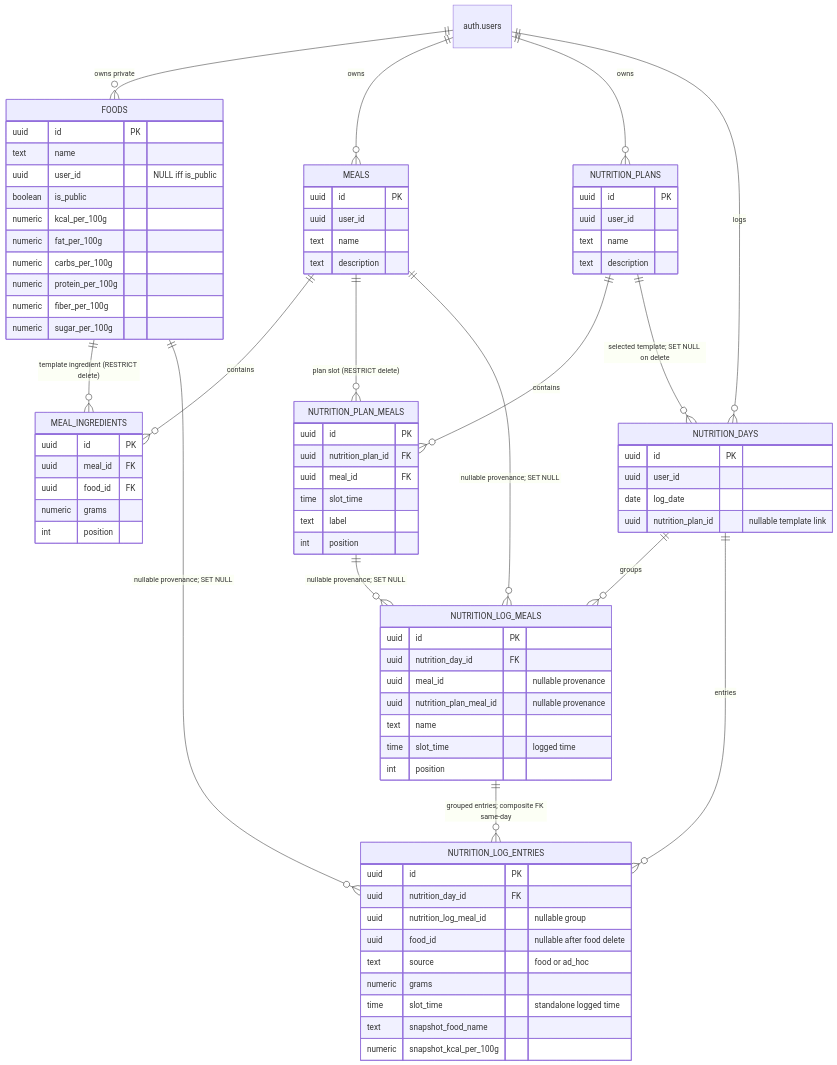
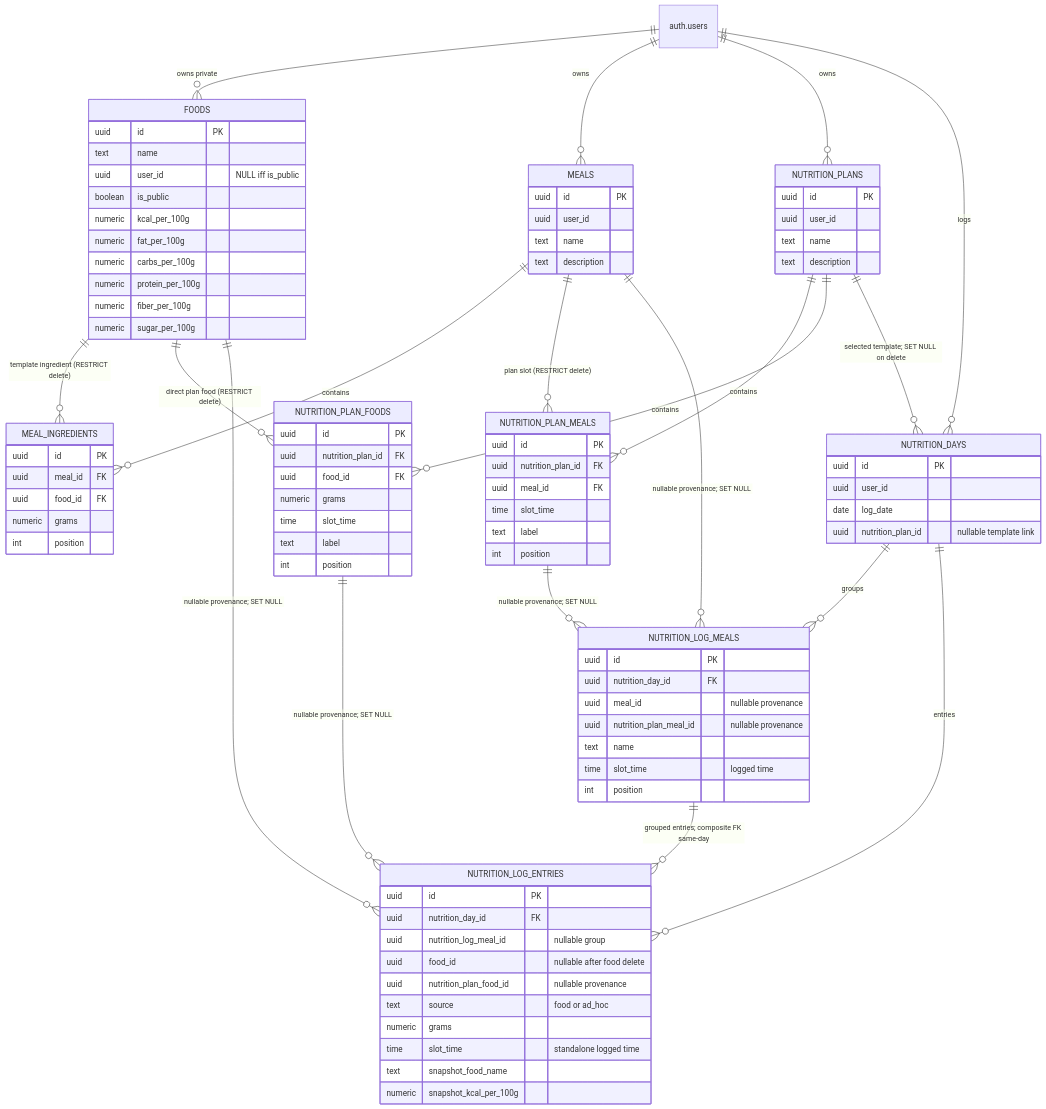
Before and after one commit to dbarrosop/neogym: the fourth of 4 diagrams in docs/developers/database.md, drawn with Mermaid. The commit also changed other lines of this file and 4 other files, not shown here.

````diff
--- a/docs/developers/database.md
+++ b/docs/developers/database.md
@@ -170,41 +170,45 @@
 ```mermaid
 erDiagram
     USERS["auth.users"]
 
     FOODS {
         uuid id PK
         text name
         uuid user_id "NULL iff is_public"
         boolean is_public
         numeric kcal_per_100g
         numeric fat_per_100g
         numeric carbs_per_100g
         numeric protein_per_100g
         numeric fiber_per_100g
         numeric sugar_per_100g
     }
 
     MEALS { uuid id PK uuid user_id text name text description }
     MEAL_INGREDIENTS { uuid id PK uuid meal_id FK uuid food_id FK numeric grams int position }
     NUTRITION_PLANS { uuid id PK uuid user_id text name text description }
     NUTRITION_PLAN_MEALS { uuid id PK uuid nutrition_plan_id FK uuid meal_id FK time slot_time text label int position }
+    NUTRITION_PLAN_FOODS { uuid id PK uuid nutrition_plan_id FK uuid food_id FK numeric grams time slot_time text label int position }
     NUTRITION_DAYS { uuid id PK uuid user_id date log_date uuid nutrition_plan_id "nullable template link" }
     NUTRITION_LOG_MEALS { uuid id PK uuid nutrition_day_id FK uuid meal_id "nullable provenance" uuid nutrition_plan_meal_id "nullable provenance" text name time slot_time "logged time" int position }
-    NUTRITION_LOG_ENTRIES { uuid id PK uuid nutrition_day_id FK uuid nutrition_log_meal_id "nullable group" uuid food_id "nullable after food delete" text source "food or ad_hoc" numeric grams time slot_time "standalone logged time" text snapshot_food_name numeric snapshot_kcal_per_100g }
+    NUTRITION_LOG_ENTRIES { uuid id PK uuid nutrition_day_id FK uuid nutrition_log_meal_id "nullable group" uuid food_id "nullable after food delete" uuid nutrition_plan_food_id "nullable provenance" text source "food or ad_hoc" numeric grams time slot_time "standalone logged time" text snapshot_food_name numeric snapshot_kcal_per_100g }
 
     USERS ||--o{ FOODS : "owns private"
     USERS ||--o{ MEALS : owns
     USERS ||--o{ NUTRITION_PLANS : owns
     USERS ||--o{ NUTRITION_DAYS : logs
     FOODS ||--o{ MEAL_INGREDIENTS : "template ingredient (RESTRICT delete)"
     MEALS ||--o{ MEAL_INGREDIENTS : contains
     MEALS ||--o{ NUTRITION_PLAN_MEALS : "plan slot (RESTRICT delete)"
     NUTRITION_PLANS ||--o{ NUTRITION_PLAN_MEALS : contains
+    NUTRITION_PLANS ||--o{ NUTRITION_PLAN_FOODS : contains
+    FOODS ||--o{ NUTRITION_PLAN_FOODS : "direct plan food (RESTRICT delete)"
     NUTRITION_PLANS ||--o{ NUTRITION_DAYS : "selected template; SET NULL on delete"
     NUTRITION_DAYS ||--o{ NUTRITION_LOG_MEALS : groups
     NUTRITION_DAYS ||--o{ NUTRITION_LOG_ENTRIES : entries
     NUTRITION_LOG_MEALS ||--o{ NUTRITION_LOG_ENTRIES : "grouped entries; composite FK same-day"
     MEALS ||--o{ NUTRITION_LOG_MEALS : "nullable provenance; SET NULL"
     NUTRITION_PLAN_MEALS ||--o{ NUTRITION_LOG_MEALS : "nullable provenance; SET NULL"
     FOODS ||--o{ NUTRITION_LOG_ENTRIES : "nullable provenance; SET NULL"
+    NUTRITION_PLAN_FOODS ||--o{ NUTRITION_LOG_ENTRIES : "nullable provenance; SET NULL"
 ```
````
